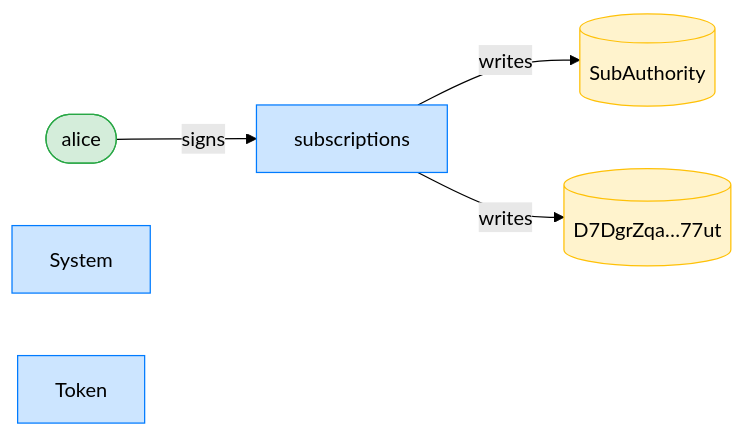
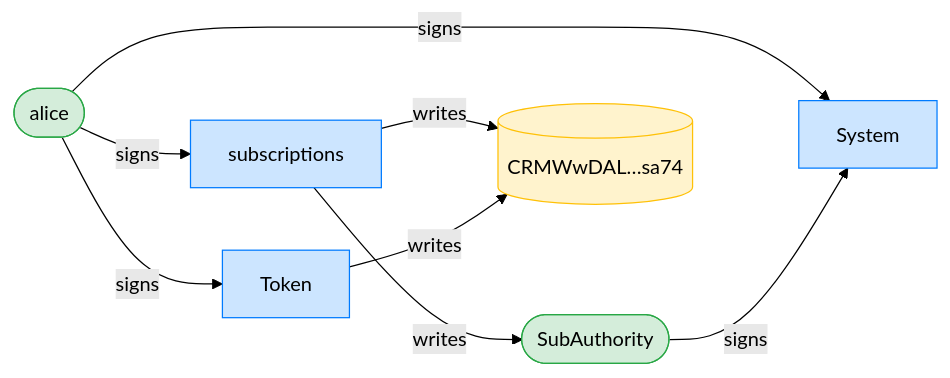
The third of 12 diagrams in dsl_tests/mallory-cannot-revoke-a-sponsor-funded-subscription.md (cds-rs/subscriptions), drawn with Mermaid (forest theme) before and after one commit. The commit also changed other lines of this file and 224 other files, not shown here.

````diff
--- a/dsl_tests/mallory-cannot-revoke-a-sponsor-funded-subscription.md
+++ b/dsl_tests/mallory-cannot-revoke-a-sponsor-funded-subscription.md
@@ -55,15 +56,19 @@
 ```mermaid
 flowchart LR
     classDef signer fill:#d4edda,stroke:#28a745;
     classDef program fill:#cce5ff,stroke:#007bff;
     classDef writable fill:#fff3cd,stroke:#ffc107;
     subscriptions[subscriptions]:::program
     alice([alice]):::signer
-    SubAuthority[(SubAuthority)]:::writable
-    D7DgrZqa_77ut[("D7DgrZqa…77ut")]:::writable
+    SubAuthority([SubAuthority]):::signer
+    CRMWwDAL_sa74[("CRMWwDAL…sa74")]:::writable
     System[System]:::program
     Token[Token]:::program
     alice -->|signs| subscriptions
+    alice -->|signs| System
+    SubAuthority -->|signs| System
+    alice -->|signs| Token
     subscriptions -->|writes| SubAuthority
-    subscriptions -->|writes| D7DgrZqa_77ut
+    subscriptions -->|writes| CRMWwDAL_sa74
+    Token -->|writes| CRMWwDAL_sa74
 ```
````
